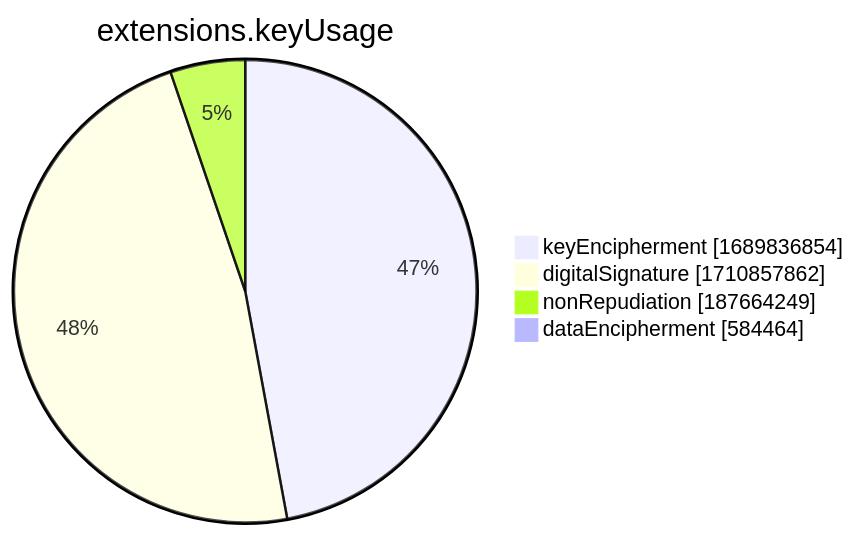
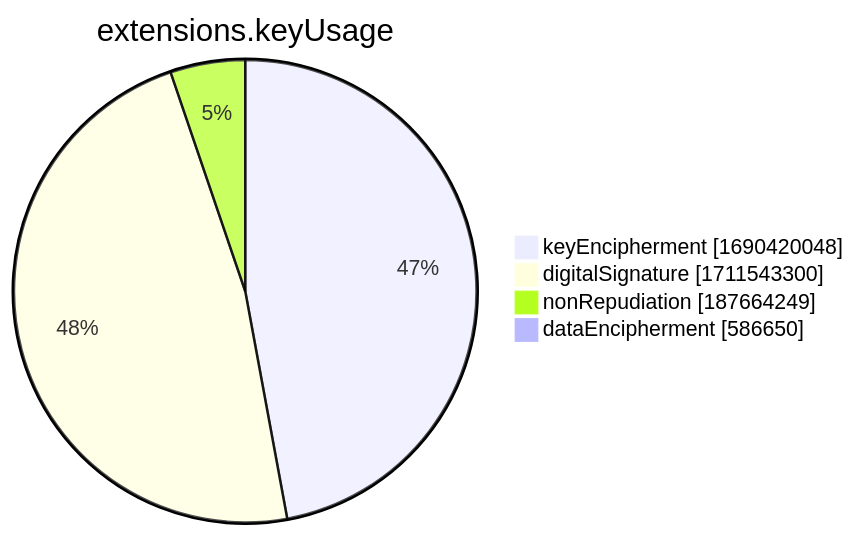
One commit to christiankrug/ctmonitor_visualization changed the seventh of 15 diagrams in xenon2022/README.md. Above: the diagram before and after it, drawn with Mermaid. The commit also changed other lines of this file, not shown here.

````diff
--- a/xenon2022/README.md
+++ b/xenon2022/README.md
@@ -2858,8 +2858,8 @@
 ```mermaid
 pie showData
 title extensions.keyUsage
-"keyEncipherment" :1689836854
-"digitalSignature" :1710857862
+"keyEncipherment" :1690420048
+"digitalSignature" :1711543300
 "nonRepudiation" :187664249
-"dataEncipherment" :584464
+"dataEncipherment" :586650
 ```
````
